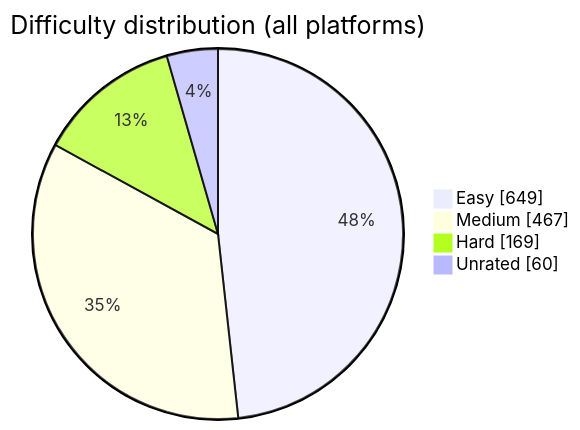
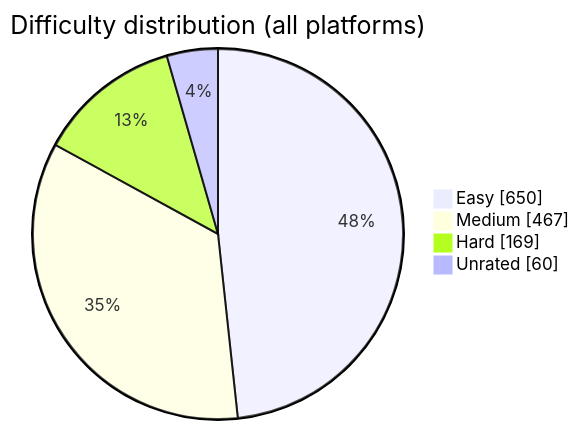
One commit to BuildbyArindam/Daily-Coding-Log changed the diagram in README.md. Above: the diagram before and after it, drawn with Mermaid. The commit also changed other lines of this file, not shown here.

````diff
--- a/README.md
+++ b/README.md
@@ -93,7 +93,7 @@
 ```mermaid
 pie showData title Difficulty distribution (all platforms)
-    "Easy" : 649
+    "Easy" : 650
     "Medium" : 467
     "Hard" : 169
     "Unrated" : 60
 ```
````
